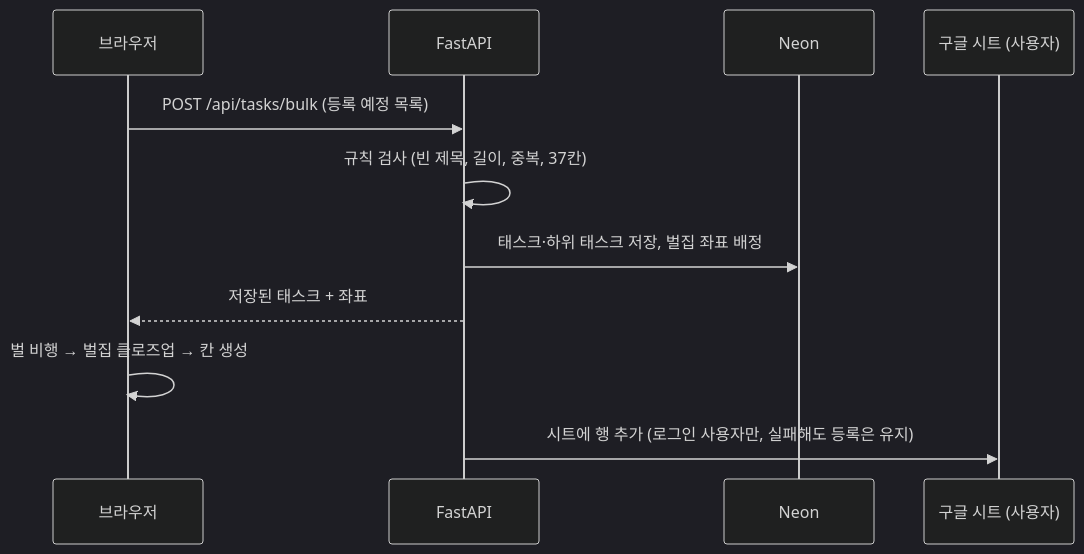
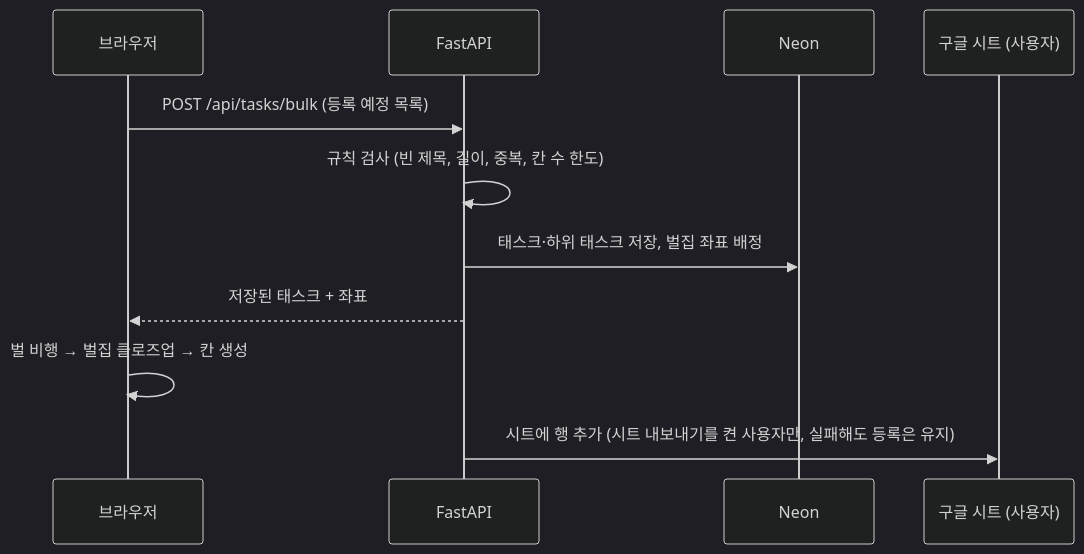
Before and after one commit to eple-lab/task-hive: the fourth of 4 diagrams in docs/03-architecture.md, drawn with Mermaid (dark theme). The commit also changed other lines of this file and 8 other files, not shown here.

````diff
--- a/docs/03-architecture.md
+++ b/docs/03-architecture.md
@@ -275,14 +280,14 @@
 ```mermaid
 sequenceDiagram
     participant B as 브라우저
     participant A as FastAPI
     participant DB as Neon
     participant S as 구글 시트 (사용자)
 
     B->>A: POST /api/tasks/bulk (등록 예정 목록)
-    A->>A: 규칙 검사 (빈 제목, 길이, 중복, 37칸)
+    A->>A: 규칙 검사 (빈 제목, 길이, 중복, 칸 수 한도)
     A->>DB: 태스크·하위 태스크 저장, 벌집 좌표 배정
     A-->>B: 저장된 태스크 + 좌표
     B->>B: 벌 비행 → 벌집 클로즈업 → 칸 생성
-    A->>S: 시트에 행 추가 (로그인 사용자만, 실패해도 등록은 유지)
+    A->>S: 시트에 행 추가 (시트 내보내기를 켠 사용자만, 실패해도 등록은 유지)
 ```
````
